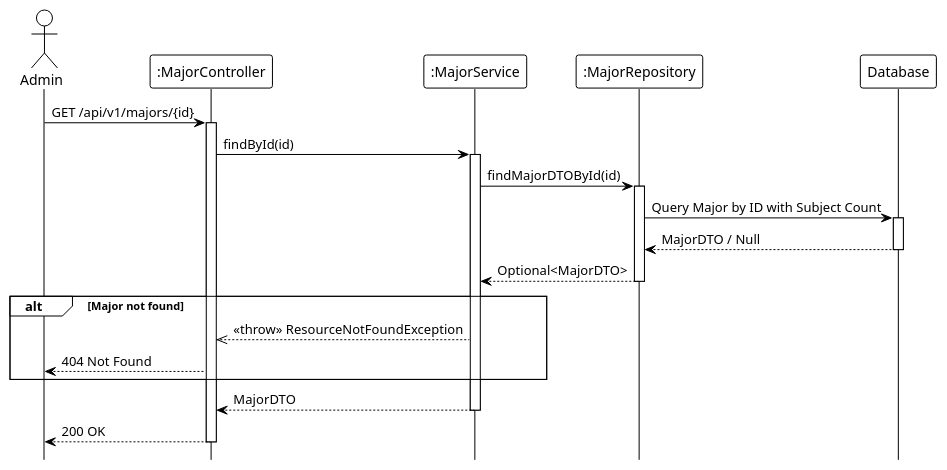
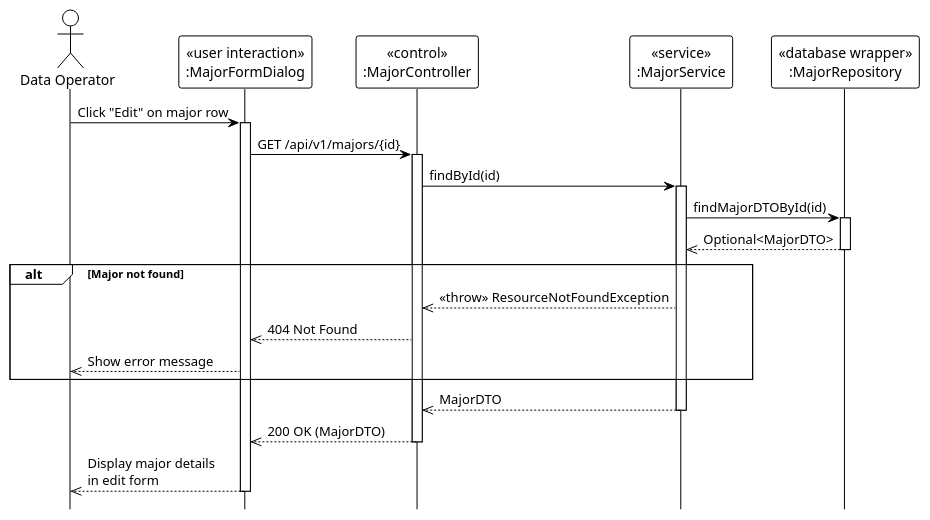
One commit to Ndh474/context changed the diagram in system_detailed_design/15_view_major_details/sequence_diagram_view_major_details.puml. Above: the diagram before and after it, drawn with PlantUML. The commit also changed 6 other files, not shown here.

Commit message:
docs(system_detailed_design): add UML stereotypes to major sequence diagrams

```diff
--- a/system_detailed_design/15_view_major_details/sequence_diagram_view_major_details.puml
+++ b/system_detailed_design/15_view_major_details/sequence_diagram_view_major_details.puml
@@ -1,40 +1,42 @@
 @startuml view_major_details
 !theme plain
 hide footbox
 
-actor Admin
-participant ":MajorController" as Controller
-participant ":MajorService" as Service
-participant ":MajorRepository" as Repository
-participant "Database" as DB
+actor "Data Operator" as DataOperator
 
-' --- MAIN FLOW ---
-Admin -> Controller: GET /api/v1/majors/{id}
+participant "«user interaction»\n:MajorFormDialog" as UI
+participant "«control»\n:MajorController" as Controller
+participant "«service»\n:MajorService" as Service
+participant "«database wrapper»\n:MajorRepository" as Repository
+
+' === MAIN FLOW ===
+DataOperator -> UI: Click "Edit" on major row
+activate UI
+
+UI -> Controller: GET /api/v1/majors/{id}
 activate Controller
 
 Controller -> Service: findById(id)
 activate Service
 
 Service -> Repository: findMajorDTOById(id)
 activate Repository
-
-Repository -> DB: Query Major by ID with Subject Count
-activate DB
-DB --> Repository: MajorDTO / Null
-deactivate DB
-
-Repository --> Service: Optional<MajorDTO>
+Repository -->> Service: Optional<MajorDTO>
 deactivate Repository
 
 alt Major not found
     Service -->> Controller: <<throw>> ResourceNotFoundException
-    Controller --> Admin: 404 Not Found
+    Controller -->> UI: 404 Not Found
+    UI -->> DataOperator: Show error message
 end
 
-Service --> Controller: MajorDTO
+Service -->> Controller: MajorDTO
 deactivate Service
 
-Controller --> Admin: 200 OK
+Controller -->> UI: 200 OK (MajorDTO)
 deactivate Controller
 
+UI -->> DataOperator: Display major details\nin edit form
+deactivate UI
+
 @enduml
```
